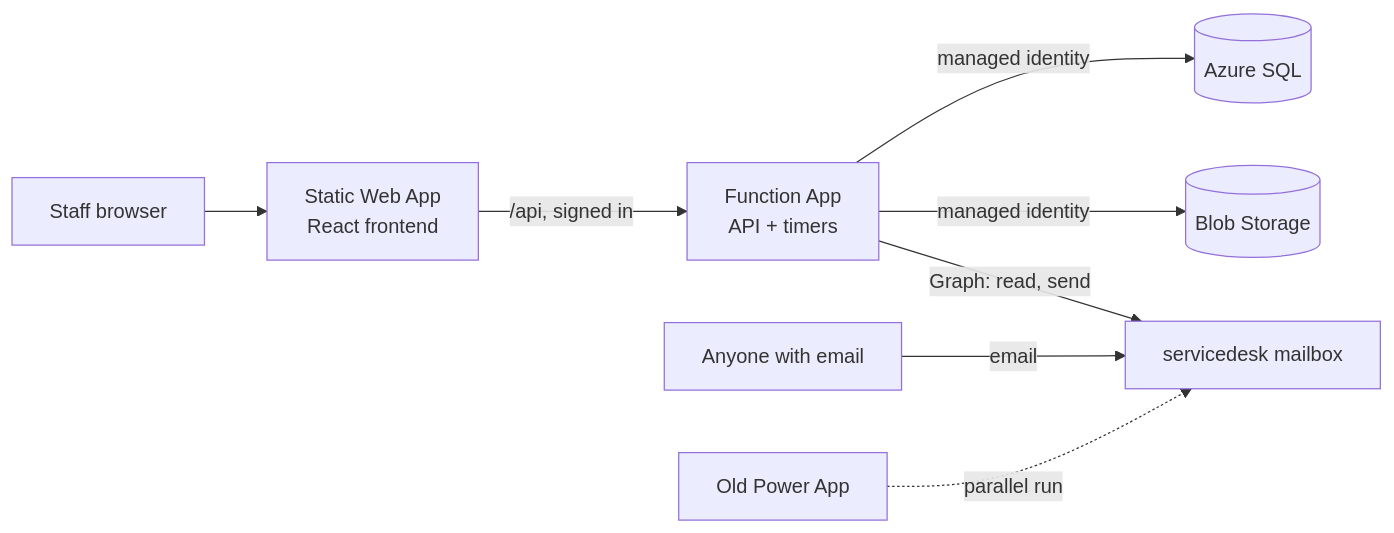
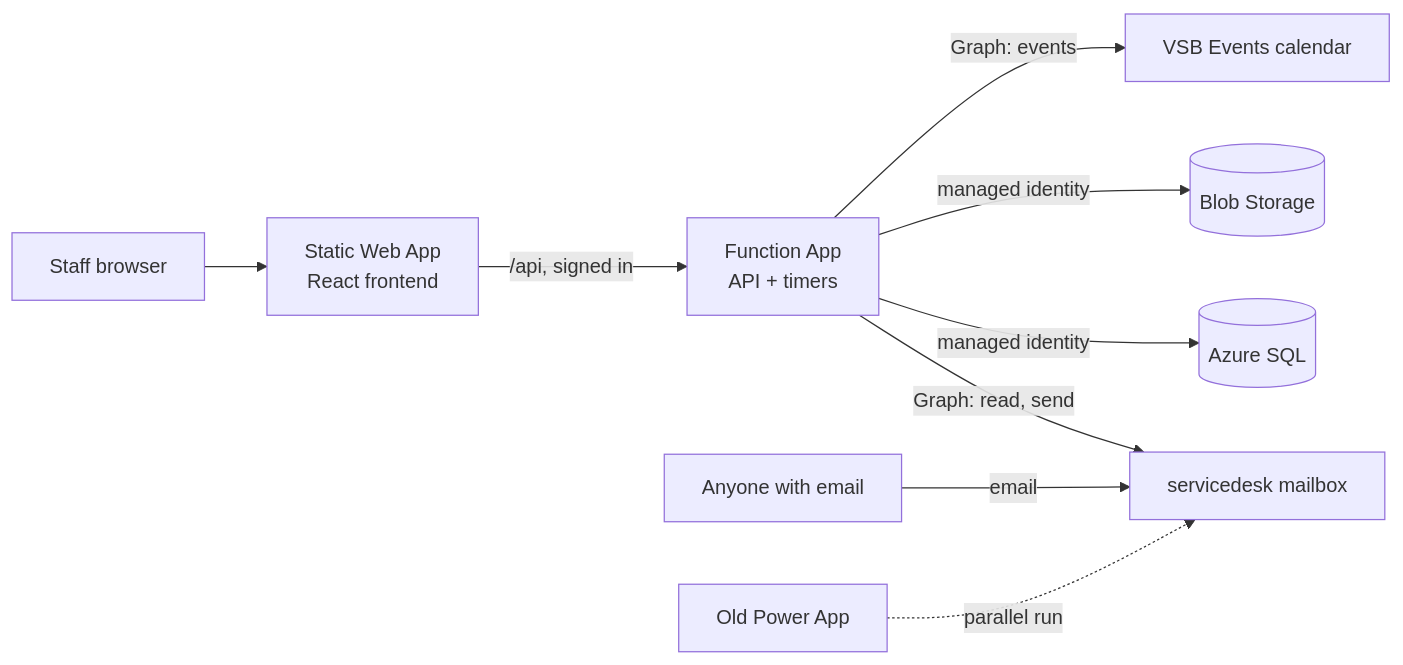
Before and after one commit to A-Stengel/VSBServiceDesk: the diagram in docs/design.md, drawn with Mermaid. The commit also changed other lines of this file and 24 other files, not shown here.

````diff
--- a/docs/design.md
+++ b/docs/design.md
@@ -45,10 +70,11 @@
 ```mermaid
 flowchart LR
     staff["Staff browser"] --> swa["Static Web App<br/>React frontend"]
     swa -->|"/api, signed in"| func["Function App<br/>API + timers"]
     func -->|"managed identity"| sql[("Azure SQL")]
     func -->|"managed identity"| blob[("Blob Storage")]
     func -->|"Graph: read, send"| mbx["servicedesk mailbox"]
+    func -->|"Graph: events"| cal["VSB Events calendar"]
     outside["Anyone with email"] -->|"email"| mbx
     pa["Old Power App"] -.->|"parallel run"| mbx
 ```
````
